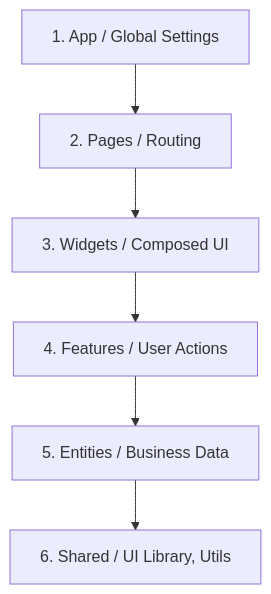
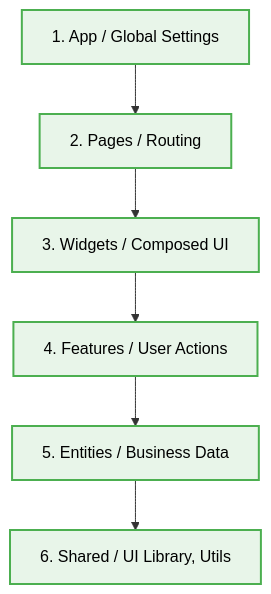
The diagram in .jules/rules/frontend.md (beginwebdev2002/best-practise), drawn with Mermaid before and after one commit. The commit also changed 20 other files, not shown here.

First line of the commit message:
docs: update mermaid diagrams with UI/UX design tokens styling

````diff
--- a/.jules/rules/frontend.md
+++ b/.jules/rules/frontend.md
@@ -30,8 +30,20 @@
 ```mermaid
 graph TD
     App[1. App / Global Settings] --> Pages[2. Pages / Routing]
     Pages --> Widgets[3. Widgets / Composed UI]
     Widgets --> Features[4. Features / User Actions]
     Features --> Entities[5. Entities / Business Data]
     Entities --> Shared[6. Shared / UI Library, Utils]
+    %% Added Design Token Styles for Mermaid Diagrams
+    classDef default fill:#e1f5fe,stroke:#03a9f4,stroke-width:2px,color:#000;
+    classDef component fill:#e8f5e9,stroke:#4caf50,stroke-width:2px,color:#000;
+    classDef layout fill:#f3e5f5,stroke:#9c27b0,stroke-width:2px,color:#000;
+
+    class Shared component;
+    class Features component;
+    class Pages component;
+    class App component;
+    class Entities component;
+    class Widgets component;
+
 ```
````
